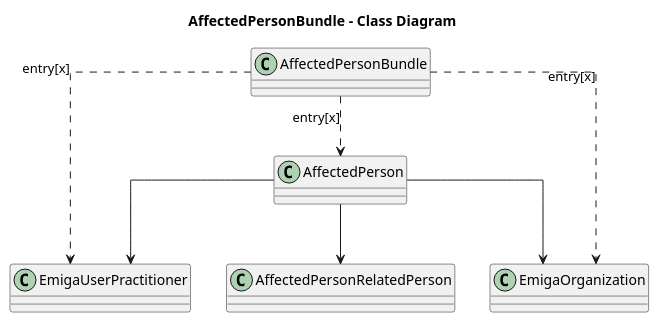
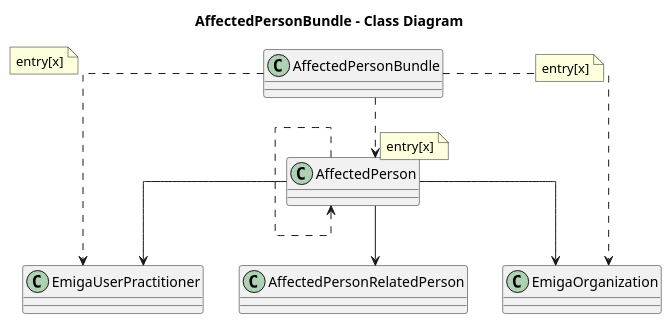
Before and after one commit to robert-koch-institut/rki.emiga.common: the diagram in rki.emiga.common/PlantUML/AffectedPersonBundle.puml, drawn with PlantUML. The commit also changed 2 other files, not shown here.

```diff
--- a/rki.emiga.common/PlantUML/AffectedPersonBundle.puml
+++ b/rki.emiga.common/PlantUML/AffectedPersonBundle.puml
@@ -1,28 +1,36 @@
 @startuml
 skinparam linetype ortho
 
 title AffectedPersonBundle - Class Diagram
 
 ' Main Class
 class AffectedPerson{
 }
 
 class EmigaUserPractitioner {
 }
 
 class EmigaOrganization {
 }
 
-
 class AffectedPersonBundle {
 }
 
-AffectedPerson--> AffectedPersonRelatedPerson
-AffectedPerson--> EmigaOrganization
-AffectedPerson--> EmigaUserPractitioner
+AffectedPerson --> AffectedPersonRelatedPerson
 
-AffectedPersonBundle ..>  AffectedPerson: entry[x]
-AffectedPersonBundle ..>  EmigaOrganization: entry[x]
-AffectedPersonBundle ..>  EmigaUserPractitioner: entry[x]
+AffectedPerson --> EmigaOrganization
+
+AffectedPerson --> EmigaUserPractitioner
+
+AffectedPersonBundle ..> AffectedPerson
+note on link: entry[x]
+
+AffectedPersonBundle ..> EmigaOrganization
+note on link: entry[x]
+
+AffectedPersonBundle ..> EmigaUserPractitioner
+note on link: entry[x]
+
+AffectedPerson ..> AffectedPerson
 
 @enduml
```
